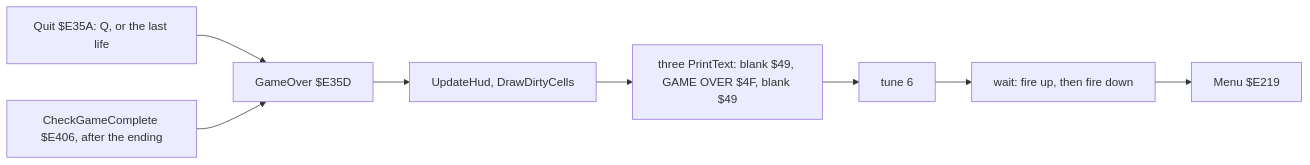
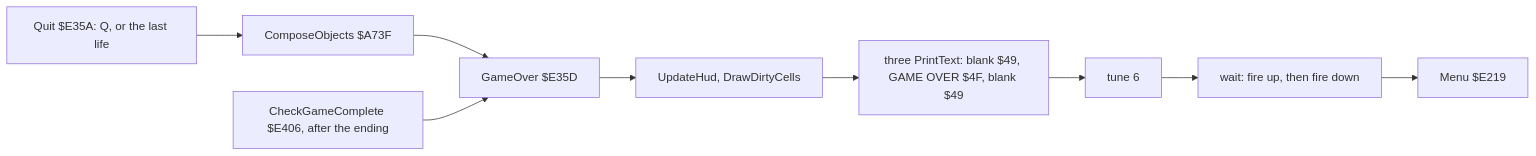
One commit to alfishe/unrealng-reverse-cases changed the fifth of 5 diagrams in games/rick-dangerous/docs/08-hud-and-text.md. Above: the diagram before and after it, drawn with Mermaid. The commit also changed other lines of this file and 35 other files, not shown here.

````diff
--- a/games/rick-dangerous/docs/08-hud-and-text.md
+++ b/games/rick-dangerous/docs/08-hud-and-text.md
@@ -612,10 +612,11 @@
 ```mermaid
 flowchart LR
-  Q["Quit $E35A: Q, or the last life"] --> G["GameOver $E35D"]
+  Q["Quit $E35A: Q, or the last life"] --> C["ComposeObjects $A73F"]
+  C --> G["GameOver $E35D"]
   E["CheckGameComplete $E406, after the ending"] --> G
   G --> U["UpdateHud, DrawDirtyCells"]
   U --> P["three PrintText: blank $49, GAME OVER $4F, blank $49"]
   P --> T["tune 6"]
   T --> W["wait: fire up, then fire down"]
   W --> M["Menu $E219"]
 ```
````
